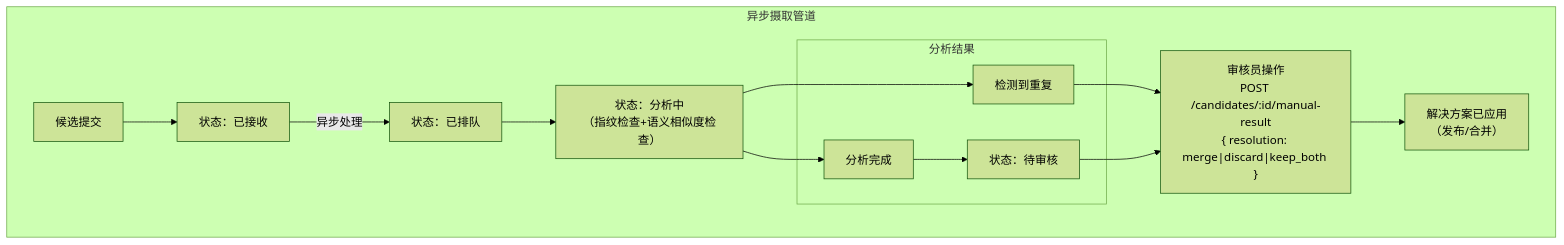
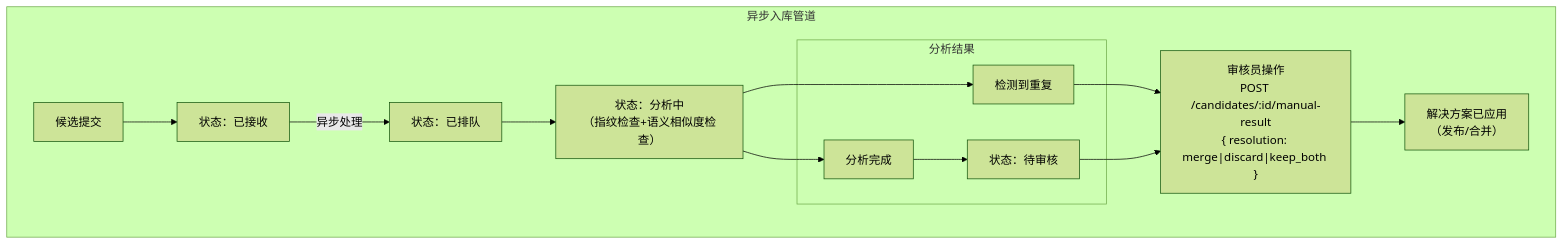
The sixth of 9 diagrams in docs/architecture/ARCHITECTURE.md (pofossette/TrapMap-for-vibing), drawn with Mermaid (forest theme) before and after one commit. The commit also changed other lines of this file and 31 other files, not shown here.

````diff
--- a/docs/architecture/ARCHITECTURE.md
+++ b/docs/architecture/ARCHITECTURE.md
@@ -276,28 +276,28 @@
 ```mermaid
 flowchart TB
-    subgraph AsyncIngestion["异步摄取管道"]
-        Submitted["候选提交"]
-        Received["状态：已接收"]
-        Queued["状态：已排队"]
-        Analyzing["状态：分析中\n（指纹检查+语义相似度检查）"]
+    subgraph 异步入库["异步入库管道"]
+        候选提交["候选提交"]
+        已接收["状态：已接收"]
+        已排队["状态：已排队"]
+        分析中["状态：分析中\n（指纹检查+语义相似度检查）"]
         
-        subgraph AnalysisResult["分析结果"]
-            Duplicate["检测到重复"]
-            AnalysisComplete["分析完成"]
-            ReadyForReview["状态：待审核"]
+        subgraph 分析结果["分析结果"]
+            检测到重复["检测到重复"]
+            分析完成["分析完成"]
+            待审核["状态：待审核"]
         end
         
-        ReviewerAction["审核员操作\nPOST /candidates/:id/manual-result\n{ resolution: merge|discard|keep_both }"]
-        Resolution["解决方案已应用\n（发布/合并）"]
+        审核员操作["审核员操作\nPOST /candidates/:id/manual-result\n{ resolution: merge|discard|keep_both }"]
+        解决方案["解决方案已应用\n（发布/合并）"]
     end
 
-    Submitted --> Received
-    Received -->|异步处理| Queued
-    Queued --> Analyzing
-    Analyzing --> Duplicate
-    Analyzing --> AnalysisComplete
-    AnalysisComplete --> ReadyForReview
-    Duplicate --> ReviewerAction
-    ReadyForReview --> ReviewerAction
-    ReviewerAction --> Resolution
+    候选提交 --> 已接收
+    已接收 -->|异步处理| 已排队
+    已排队 --> 分析中
+    分析中 --> 检测到重复
+    分析中 --> 分析完成
+    分析完成 --> 待审核
+    检测到重复 --> 审核员操作
+    待审核 --> 审核员操作
+    审核员操作 --> 解决方案
 ```
````
